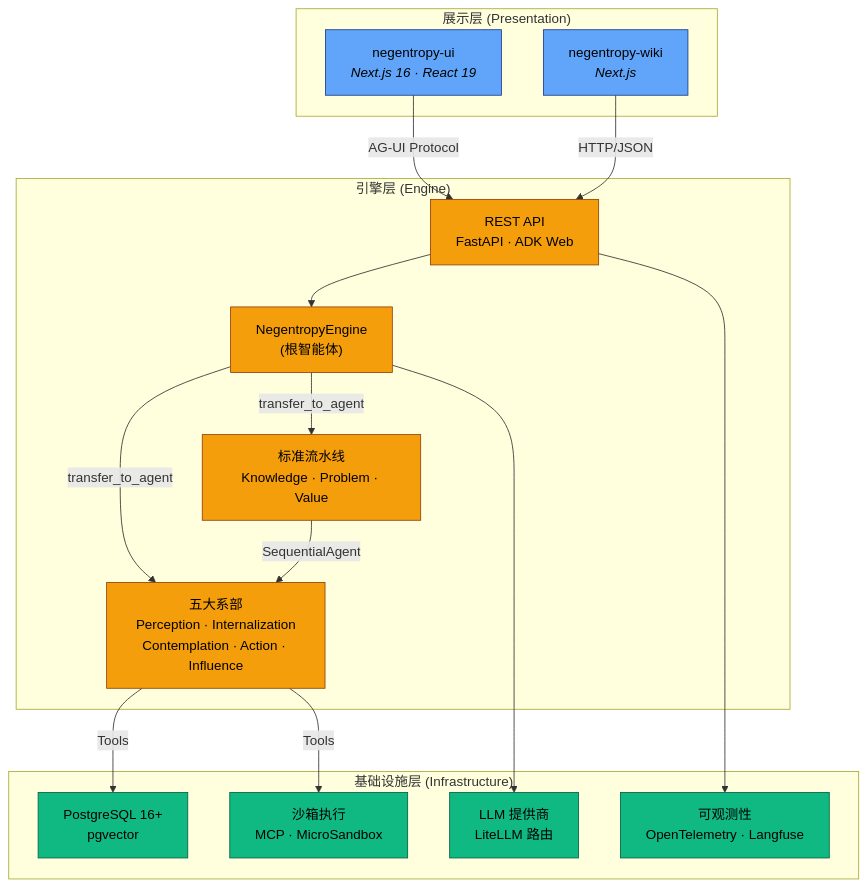
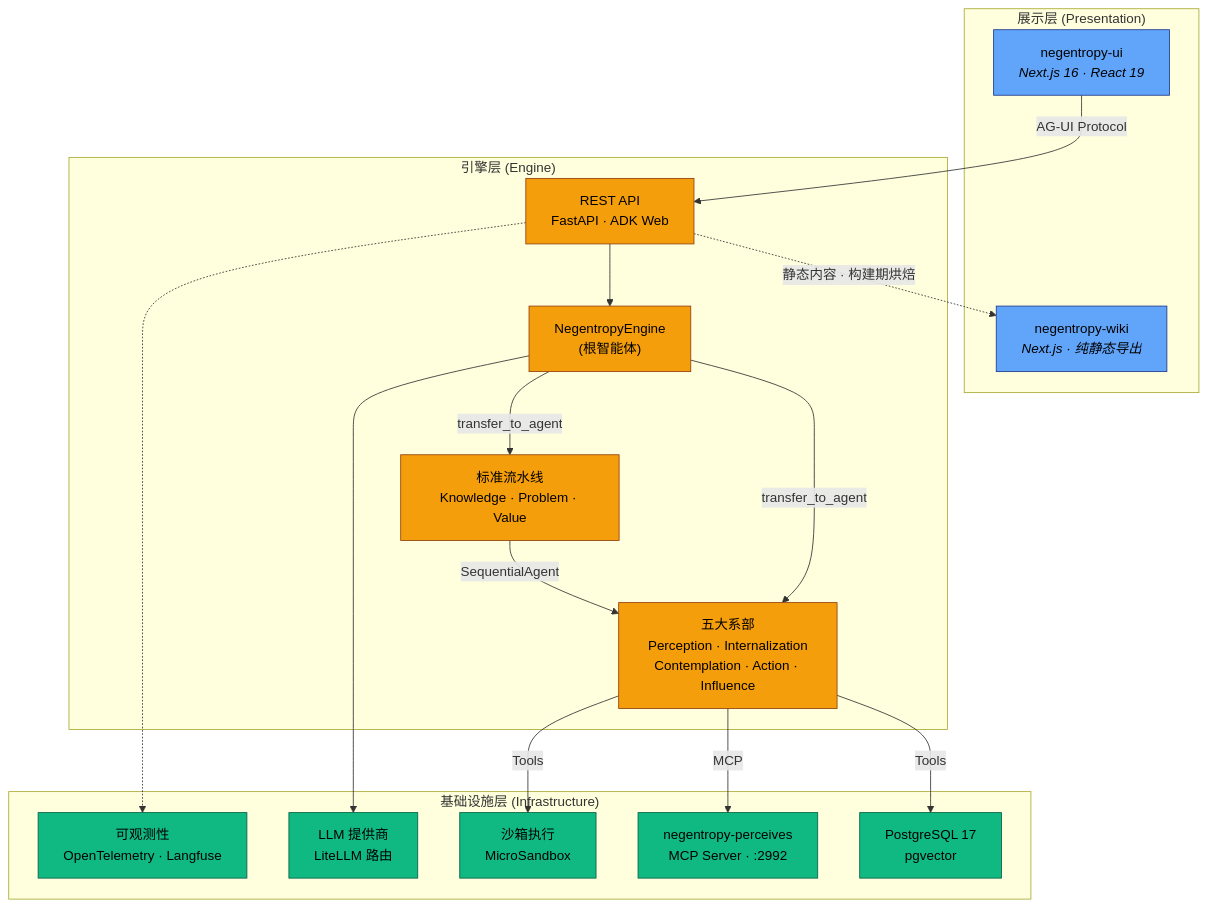
Before and after one commit to ThreeFish-AI/negentropy: the first of 10 diagrams in docs/concepts/framework.md, drawn with Mermaid. The commit also changed other lines of this file and 10 other files, not shown here.

First line of the commit message:
docs(arch-diagram): 三层架构图重置校准——wiki 静态化·perceives MCP 服务·PG17·API 中继对齐实际架构，新增 archify 交互式架构图;

````diff
--- a/docs/concepts/framework.md
+++ b/docs/concepts/framework.md
@@ -67,40 +67,42 @@
 ```mermaid
 graph TB
     subgraph Presentation["展示层 (Presentation)"]
         UI["negentropy-ui<br><i>Next.js 16 · React 19</i>"]
-        Wiki["negentropy-wiki<br><i>Next.js</i>"]
+        Wiki["negentropy-wiki<br><i>Next.js · 纯静态导出</i>"]
     end
 
     subgraph Engine["引擎层 (Engine)"]
         Root["NegentropyEngine<br>(根智能体)"]
         Faculties["五大系部<br>Perception · Internalization<br>Contemplation · Action · Influence"]
         Pipelines["标准流水线<br>Knowledge · Problem · Value"]
         API["REST API<br>FastAPI · ADK Web"]
     end
 
     subgraph Infrastructure["基础设施层 (Infrastructure)"]
-        DB["PostgreSQL 16+<br>pgvector"]
+        Perceives["negentropy-perceives<br>MCP Server · :2992"]
+        DB["PostgreSQL 17<br>pgvector"]
         LLM["LLM 提供商<br>LiteLLM 路由"]
         OTel["可观测性<br>OpenTelemetry · Langfuse"]
-        Sandbox["沙箱执行<br>MCP · MicroSandbox"]
+        Sandbox["沙箱执行<br>MicroSandbox"]
     end
 
     UI -->|AG-UI Protocol| API
-    Wiki -->|HTTP/JSON| API
+    API -.->|静态内容 · 构建期烘焙| Wiki
     API --> Root
     Root -->|transfer_to_agent| Faculties
     Root -->|transfer_to_agent| Pipelines
     Pipelines -->|SequentialAgent| Faculties
     Faculties -->|Tools| DB
+    Faculties -->|MCP| Perceives
     Faculties -->|Tools| Sandbox
-    API --> OTel
+    API -.-> OTel
     Root --> LLM
 
     classDef presentation fill:#60A5FA,stroke:#1E3A8A,color:#000
     classDef engine fill:#F59E0B,stroke:#92400E,color:#000
     classDef infra fill:#10B981,stroke:#065F46,color:#000
 
     class UI,Wiki presentation
     class Root,Faculties,Pipelines,API engine
-    class DB,LLM,OTel,Sandbox infra
+    class Perceives,DB,LLM,OTel,Sandbox infra
 ```
````
